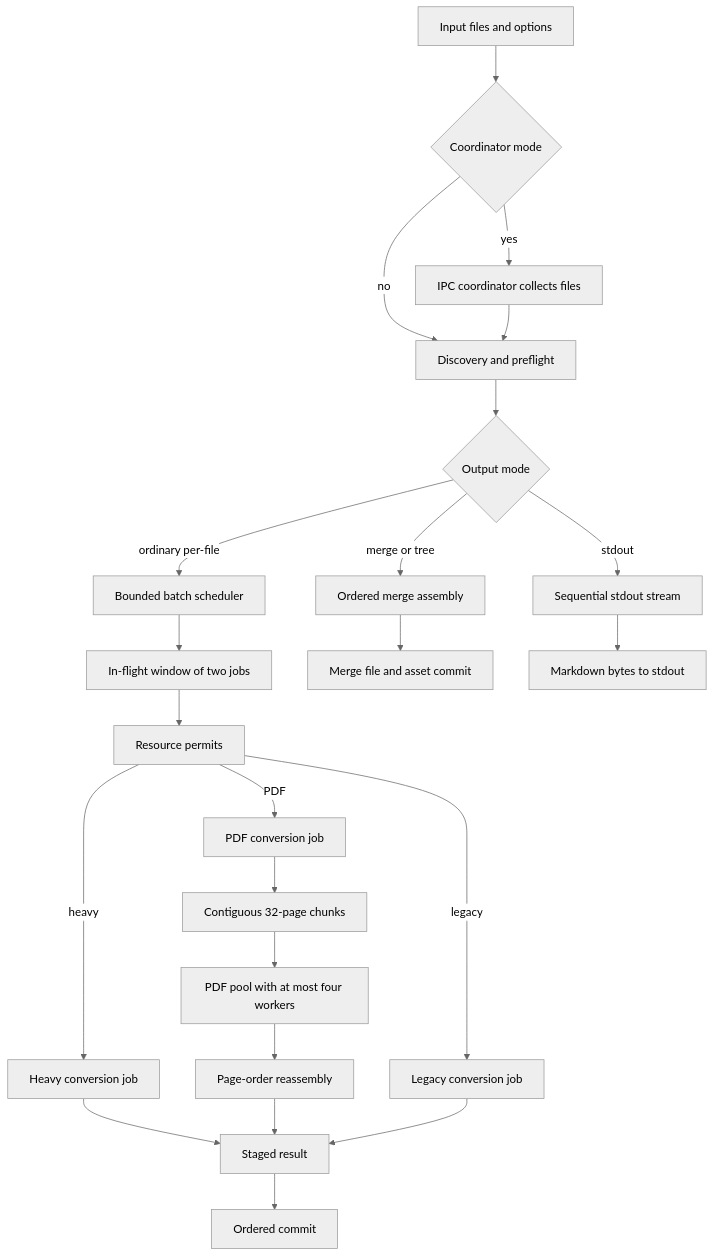
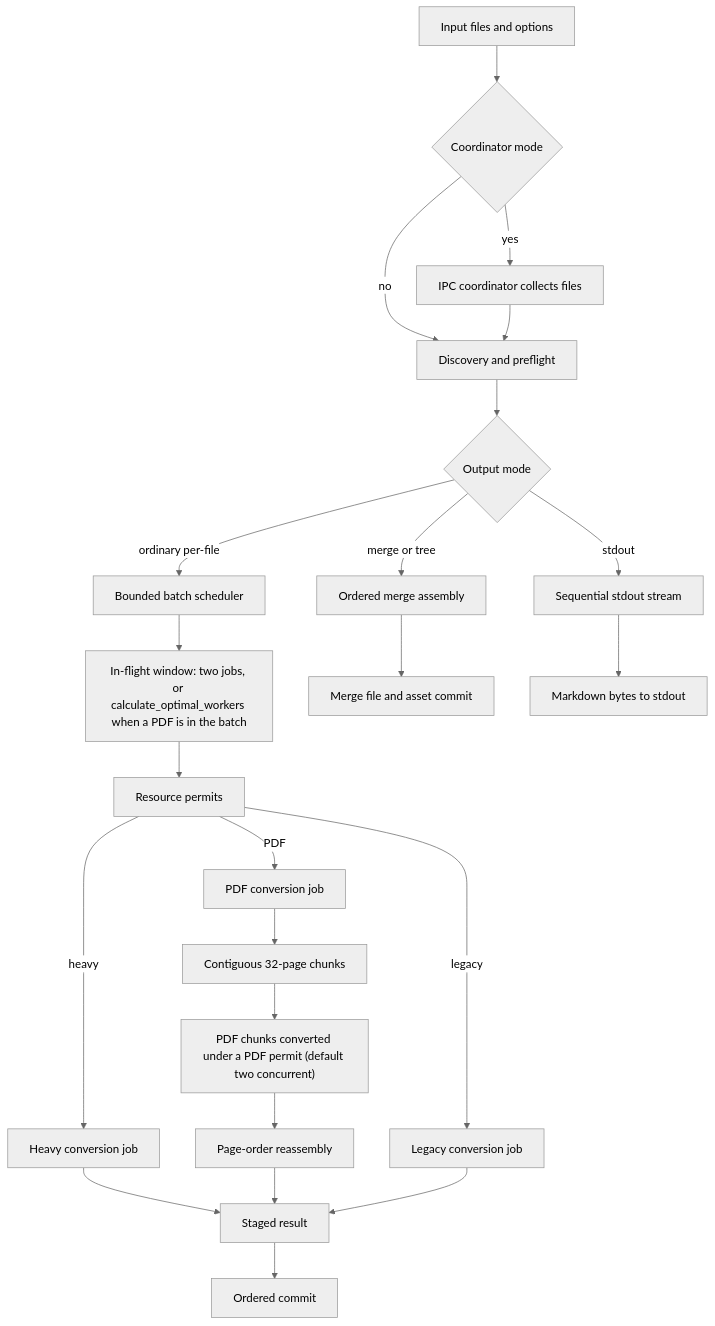
Before and after one commit to sergeypugin/hammerdown: the first of 2 diagrams in docs/ARCHITECTURE.md, drawn with Mermaid (neutral theme). The commit also changed other lines of this file, not shown here.

Commit message:
docs(architecture): correct scheduler, tree flag, and module layout claims

````diff
--- a/docs/ARCHITECTURE.md
+++ b/docs/ARCHITECTURE.md
@@ -9,25 +9,25 @@
 ```mermaid
 flowchart TD
     A[Input files and options] --> B{Coordinator mode}
     B -->|yes| C[IPC coordinator collects files]
     B -->|no| D[Discovery and preflight]
     C --> D
     D --> E{Output mode}
     E -->|ordinary per-file| F[Bounded batch scheduler]
     E -->|merge or tree| G[Ordered merge assembly]
     E -->|stdout| H[Sequential stdout stream]
-    F --> I[In-flight window of two jobs]
+    F --> I["In-flight window: two jobs, or calculate_optimal_workers when a PDF is in the batch"]
     I --> J[Resource permits]
     J -->|heavy| K[Heavy conversion job]
     J -->|PDF| L[PDF conversion job]
     J -->|legacy| M[Legacy conversion job]
     K --> N[Staged result]
     L --> O[Contiguous 32-page chunks]
-    O --> P[PDF pool with at most four workers]
+    O --> P["PDF chunks converted under a PDF permit (default two concurrent)"]
     P --> Q[Page-order reassembly]
     Q --> N
     M --> N
     N --> R[Ordered commit]
     G --> S[Merge file and asset commit]
     H --> T[Markdown bytes to stdout]
 ```
````
